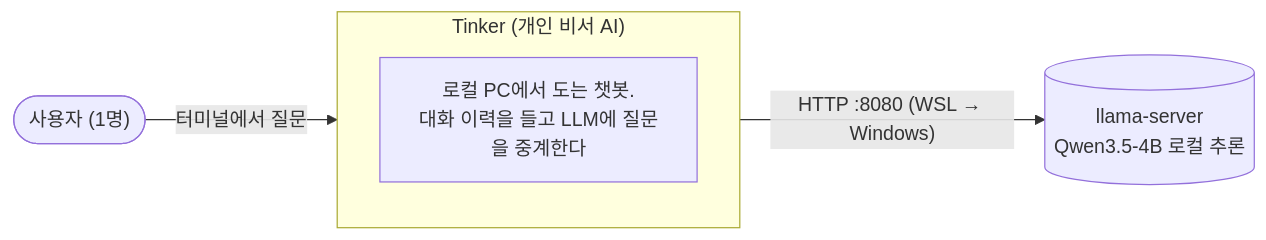
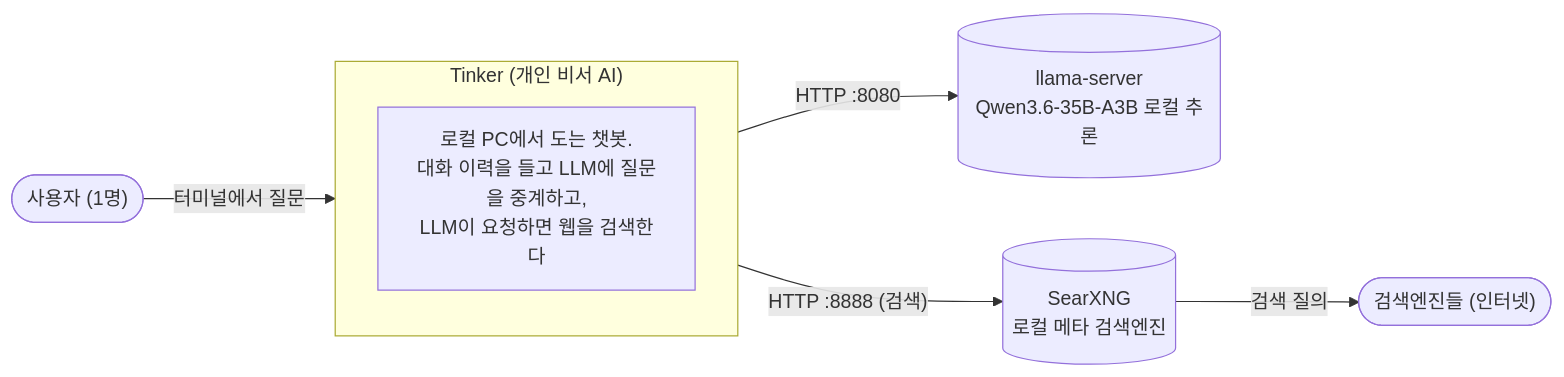
The first of 4 diagrams in docs/architecture.md (RyanKim0830/Tinker), drawn with Mermaid before and after one commit. The commit also changed other lines of this file and 4 other files, not shown here.

First line of the commit message:
docs: update architecture, readme, open items and worklog

````diff
--- a/docs/architecture.md
+++ b/docs/architecture.md
@@ -8,11 +8,15 @@
 ```mermaid
 flowchart LR
     user(["사용자 (1명)"])
     subgraph tinker["Tinker (개인 비서 AI)"]
         direction TB
-        t["로컬 PC에서 도는 챗봇.<br/>대화 이력을 들고 LLM에 질문을 중계한다"]
+        t["로컬 PC에서 도는 챗봇.<br/>대화 이력을 들고 LLM에 질문을 중계하고,<br/>LLM이 요청하면 웹을 검색한다"]
     end
-    llm[("llama-server<br/>Qwen3.5-4B 로컬 추론")]
+    llm[("llama-server<br/>Qwen3.6-35B-A3B 로컬 추론")]
+    searx[("SearXNG<br/>로컬 메타 검색엔진")]
+    web(["검색엔진들 (인터넷)"])
     user -- "터미널에서 질문" --> tinker
-    tinker -- "HTTP :8080 (WSL → Windows)" --> llm
+    tinker -- "HTTP :8080" --> llm
+    tinker -- "HTTP :8888 (검색)" --> searx
+    searx -- "검색 질의" --> web
 ```
````
